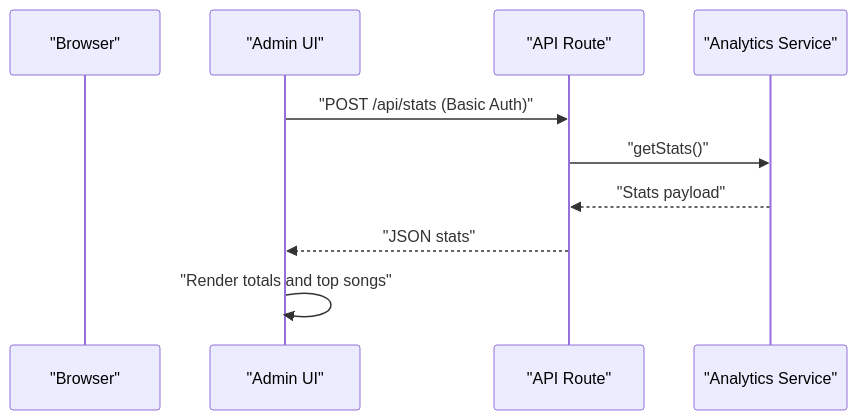
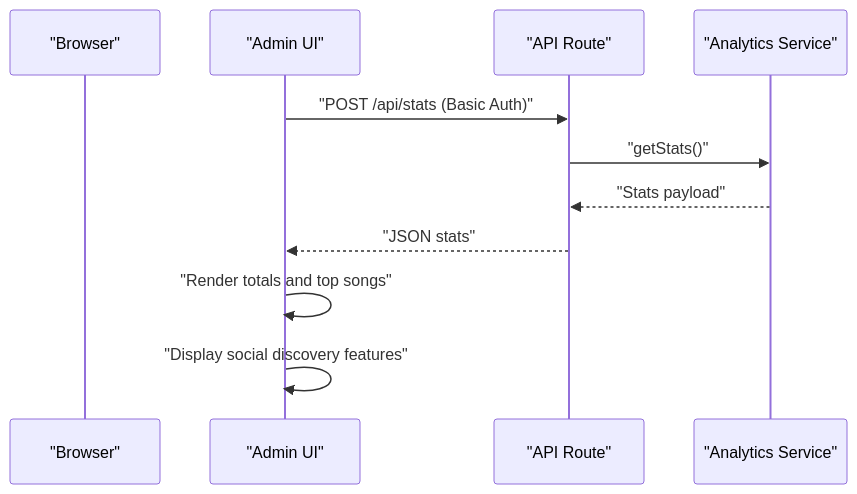
One commit to dkoukoul/kpop-random-dance-generator changed the ninth of 13 diagrams in .qoder/repowiki/en/content/Core Services Architecture/Analytics and Tracking Service.md. Above: the diagram before and after it, drawn with Mermaid. The commit also changed other lines of this file and 3 other files, not shown here.

````diff
--- a/.qoder/repowiki/en/content/Core Services Architecture/Analytics and Tracking Service.md
+++ b/.qoder/repowiki/en/content/Core Services Architecture/Analytics and Tracking Service.md
@@ -349,12 +378,13 @@
 ```mermaid
 sequenceDiagram
 participant Browser as "Browser"
 participant AdminUI as "Admin UI"
 participant API as "API Route"
 participant Analytics as "Analytics Service"
 AdminUI->>API : "POST /api/stats (Basic Auth)"
 API->>Analytics : "getStats()"
 Analytics-->>API : "Stats payload"
 API-->>AdminUI : "JSON stats"
 AdminUI->>AdminUI : "Render totals and top songs"
+AdminUI->>AdminUI : "Display social discovery features"
 ```
````
